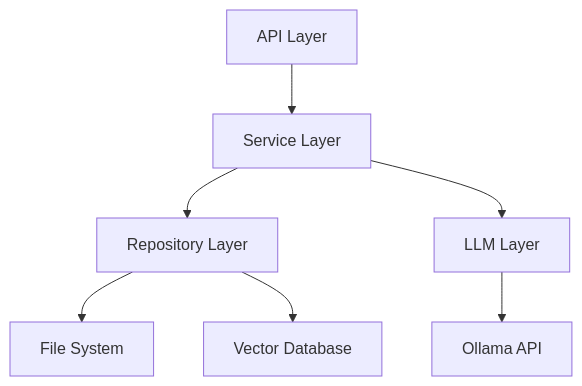
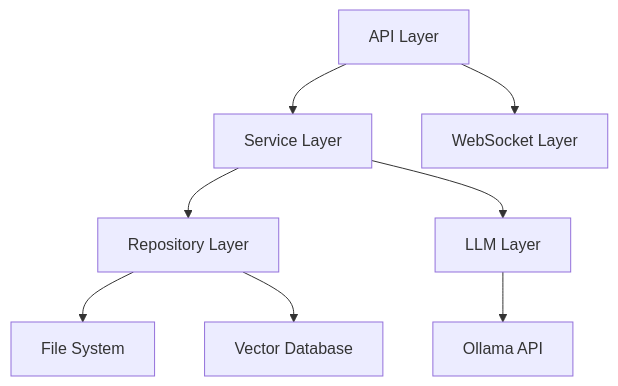
The diagram in docs/BACKEND_GUIDE.md (NewAITees/Obsidian-Concierge), drawn with Mermaid before and after one commit. The commit also changed other lines of this file and 41 other files, not shown here.

````diff
--- a/docs/BACKEND_GUIDE.md
+++ b/docs/BACKEND_GUIDE.md
@@ -9,9 +9,10 @@
 ```mermaid
 graph TD
     A[API Layer] --> B[Service Layer]
     B --> C[Repository Layer]
     B --> D[LLM Layer]
     C --> E[File System]
     C --> F[Vector Database]
     D --> G[Ollama API]
+    A --> H[WebSocket Layer]
 ```
````
